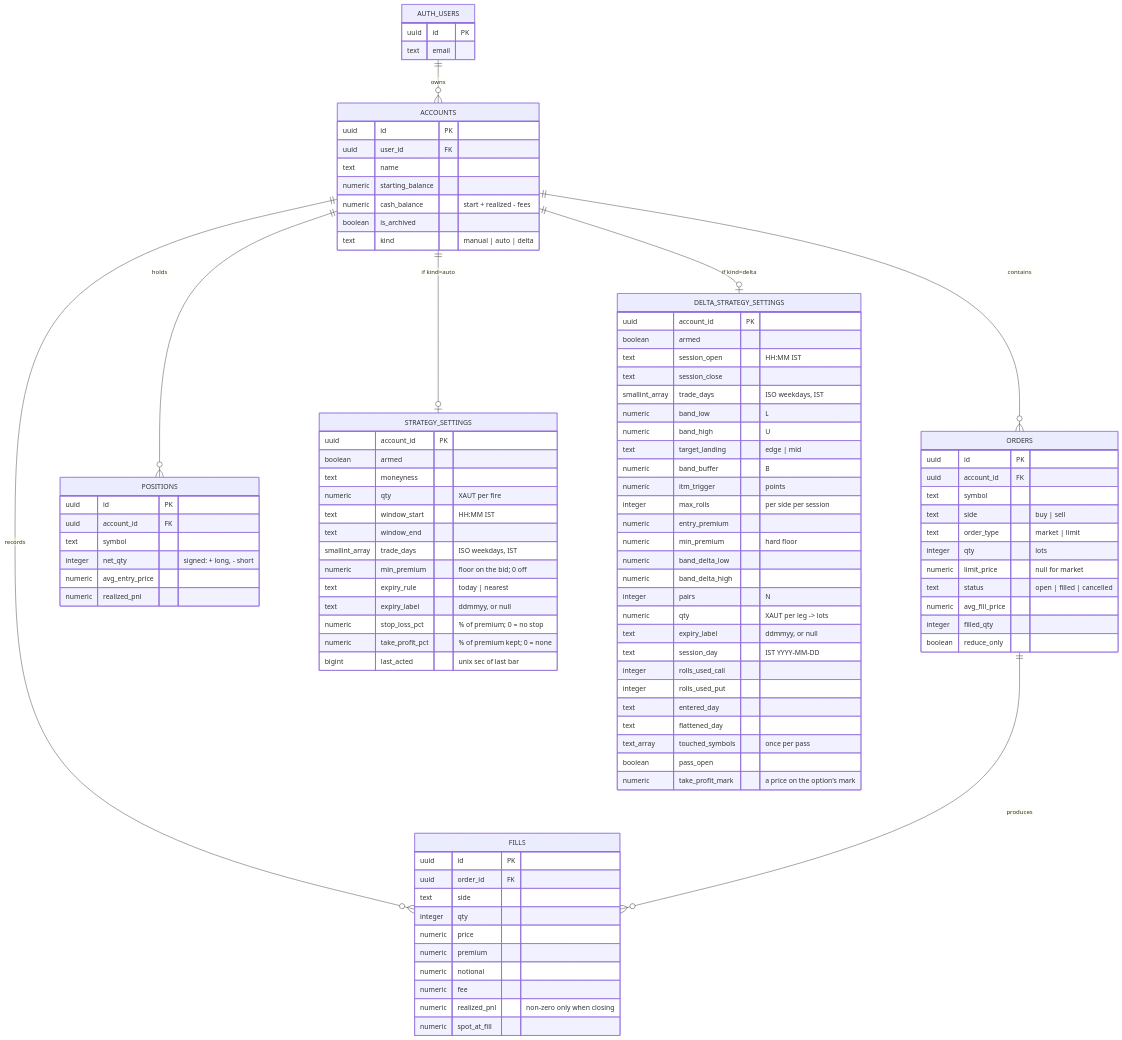
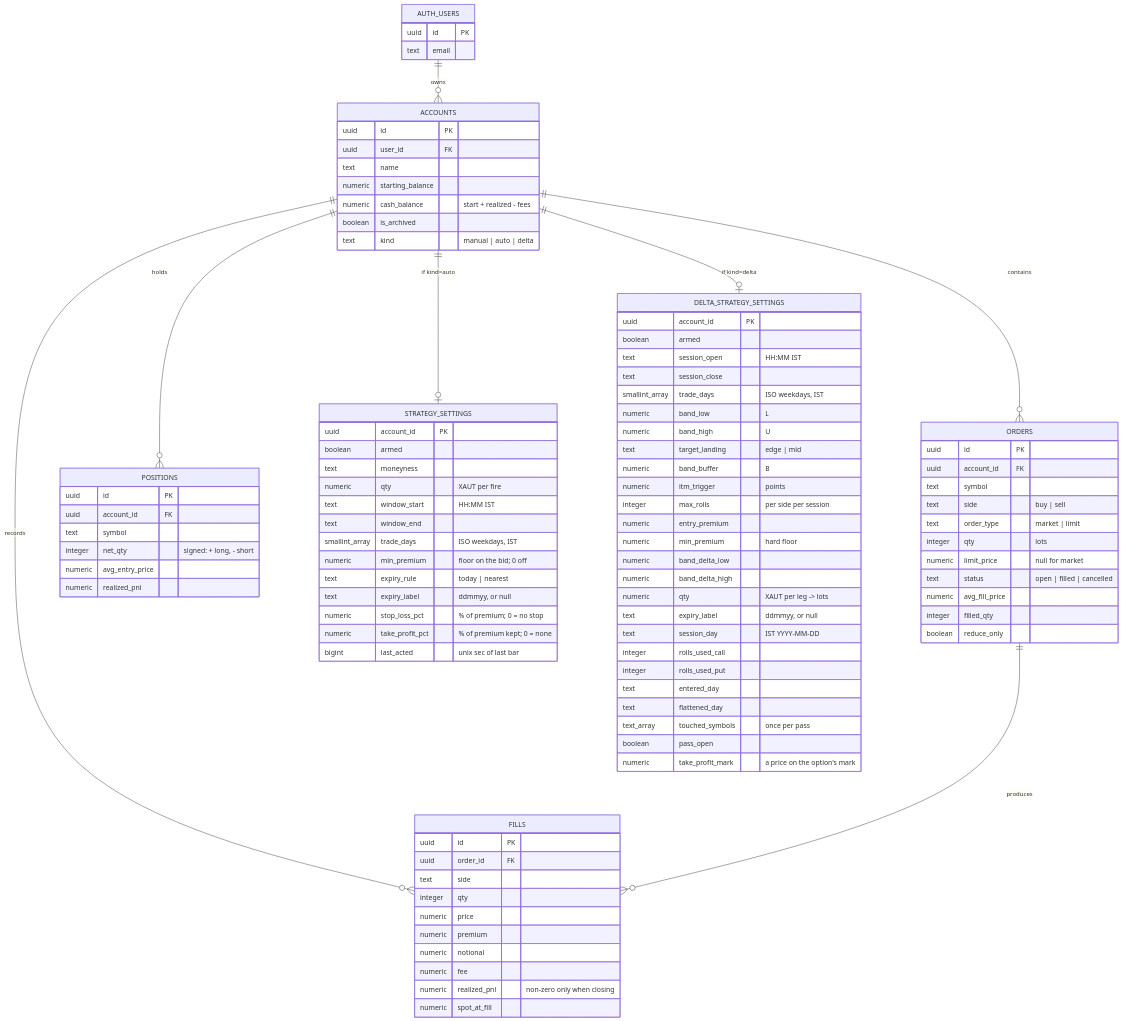
One commit to Vitti-Capital-Tech/XAUT-Options changed the first of 6 diagrams in docs/LLD.md. Above: the diagram before and after it, drawn with Mermaid. The commit also changed other lines of this file and 7 other files, not shown here.

```diff
--- a/docs/LLD.md
+++ b/docs/LLD.md
@@ -95,7 +95,6 @@
         numeric min_premium "hard floor"
         numeric band_delta_low
         numeric band_delta_high
-        integer pairs "N"
         numeric qty "XAUT per leg -> lots"
         text expiry_label "ddmmyy, or null"
         text session_day "IST YYYY-MM-DD"
```
